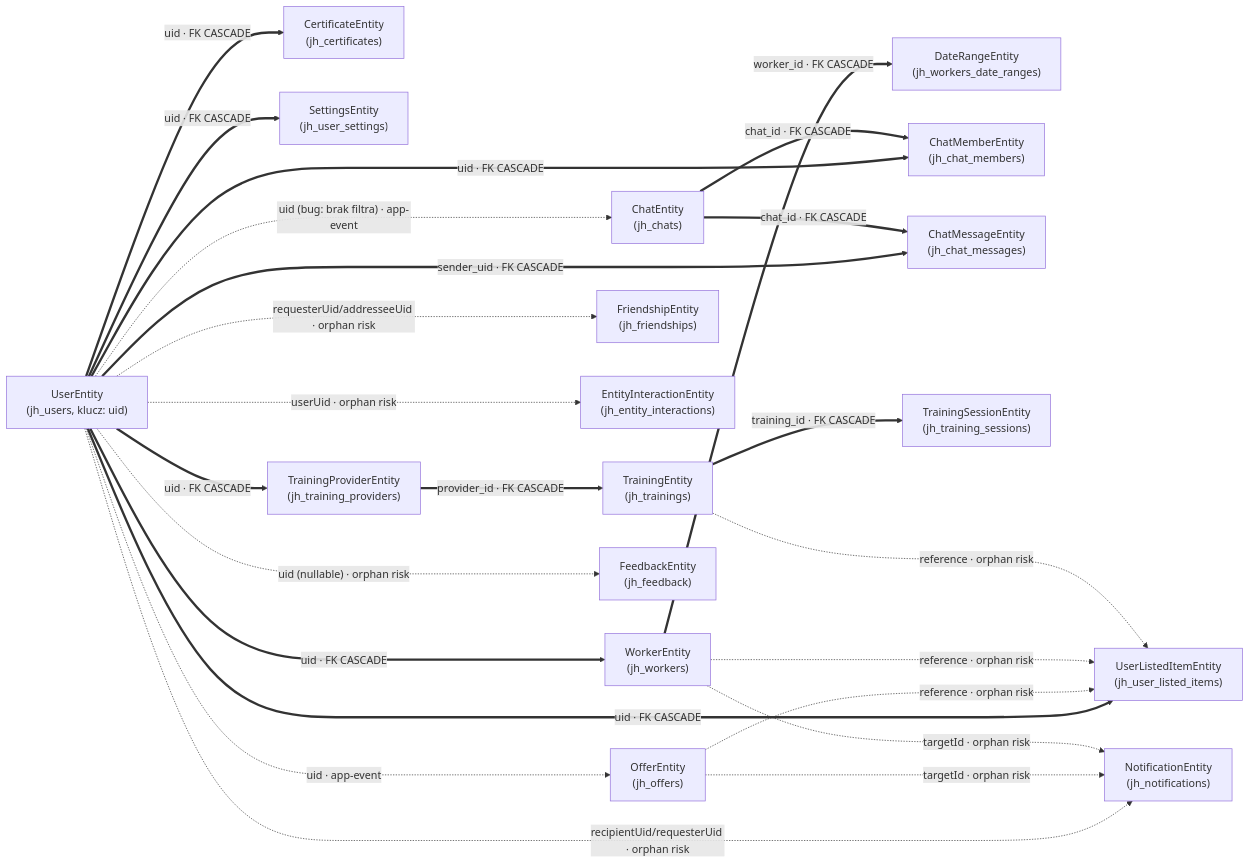
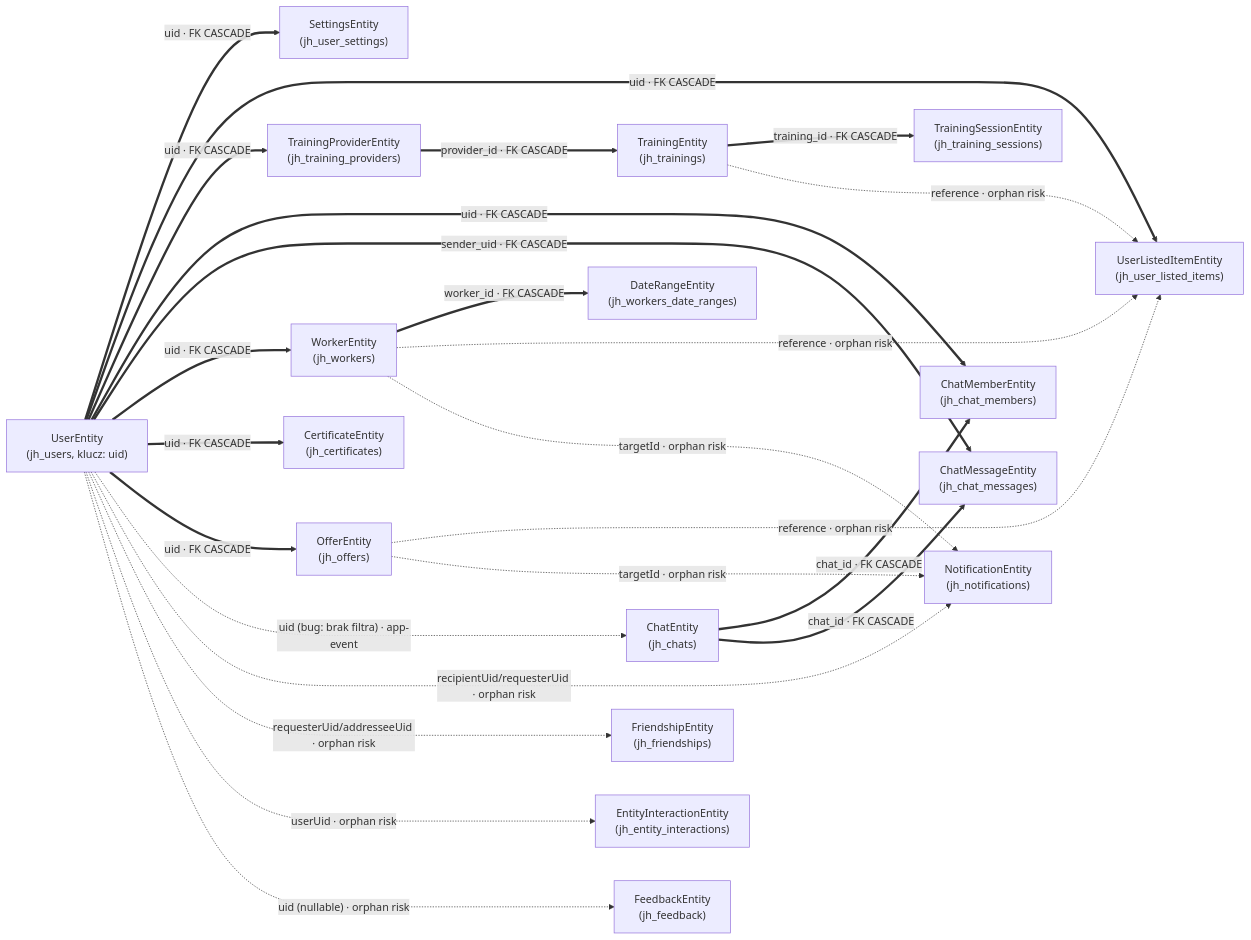
The diagram in docs/entity-relations.md (pawelmat142/frat), drawn with Mermaid before and after one commit. The commit also changed other lines of this file and 4 other files, not shown here.

Commit message:
cascades-fix - offer entity, user and assets relations

````diff
--- a/docs/entity-relations.md
+++ b/docs/entity-relations.md
@@ -18,48 +18,48 @@
 ```mermaid
 graph LR
     User["UserEntity<br/>(jh_users, klucz: uid)"]
     Worker["WorkerEntity<br/>(jh_workers)"]
     DateRange["DateRangeEntity<br/>(jh_workers_date_ranges)"]
     Certificate["CertificateEntity<br/>(jh_certificates)"]
     Settings["SettingsEntity<br/>(jh_user_settings)"]
     Listed["UserListedItemEntity<br/>(jh_user_listed_items)"]
     Chat["ChatEntity<br/>(jh_chats)"]
     ChatMember["ChatMemberEntity<br/>(jh_chat_members)"]
     ChatMessage["ChatMessageEntity<br/>(jh_chat_messages)"]
     Offer["OfferEntity<br/>(jh_offers)"]
     Notification["NotificationEntity<br/>(jh_notifications)"]
     Friendship["FriendshipEntity<br/>(jh_friendships)"]
     Interaction["EntityInteractionEntity<br/>(jh_entity_interactions)"]
     Provider["TrainingProviderEntity<br/>(jh_training_providers)"]
     Training["TrainingEntity<br/>(jh_trainings)"]
     Session["TrainingSessionEntity<br/>(jh_training_sessions)"]
     Feedback["FeedbackEntity<br/>(jh_feedback)"]
 
     User =="uid · FK CASCADE"==> Settings
     User =="uid · FK CASCADE"==> Listed
     User =="uid · FK CASCADE"==> Provider
     User =="uid · FK CASCADE"==> ChatMember
     User =="sender_uid · FK CASCADE"==> ChatMessage
     User =="uid · FK CASCADE"==> Worker
     User =="uid · FK CASCADE"==> Certificate
-    User -."uid · app-event"..-> Offer
+    User =="uid · FK CASCADE"==> Offer
     User -."uid (bug: brak filtra) · app-event"..-> Chat
     User -."recipientUid/requesterUid · orphan risk"..-> Notification
     User -."requesterUid/addresseeUid · orphan risk"..-> Friendship
     User -."userUid · orphan risk"..-> Interaction
     User -."uid (nullable) · orphan risk"..-> Feedback
 
     Worker =="worker_id · FK CASCADE"==> DateRange
 
     Provider =="provider_id · FK CASCADE"==> Training
     Training =="training_id · FK CASCADE"==> Session
 
     Chat =="chat_id · FK CASCADE"==> ChatMember
     Chat =="chat_id · FK CASCADE"==> ChatMessage
 
     Offer -."reference · orphan risk"..-> Listed
     Worker -."reference · orphan risk"..-> Listed
     Training -."reference · orphan risk"..-> Listed
     Offer -."targetId · orphan risk"..-> Notification
     Worker -."targetId · orphan risk"..-> Notification
 ```
````
